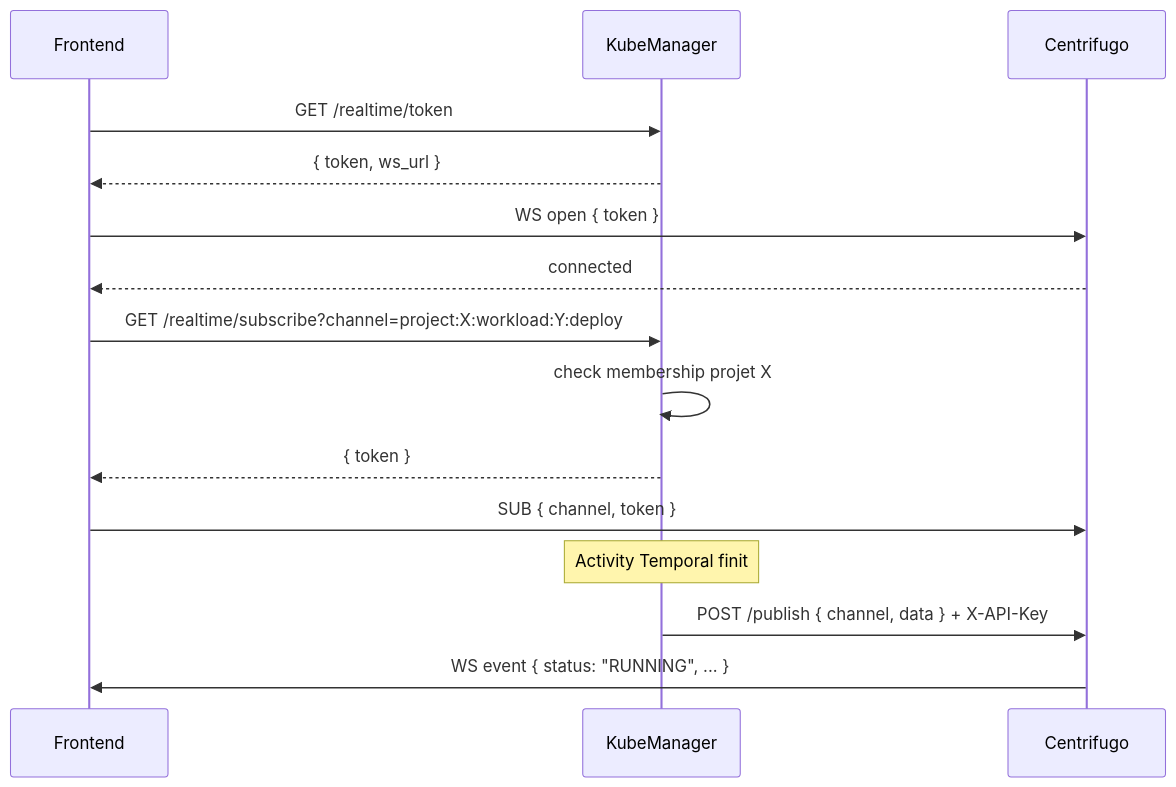
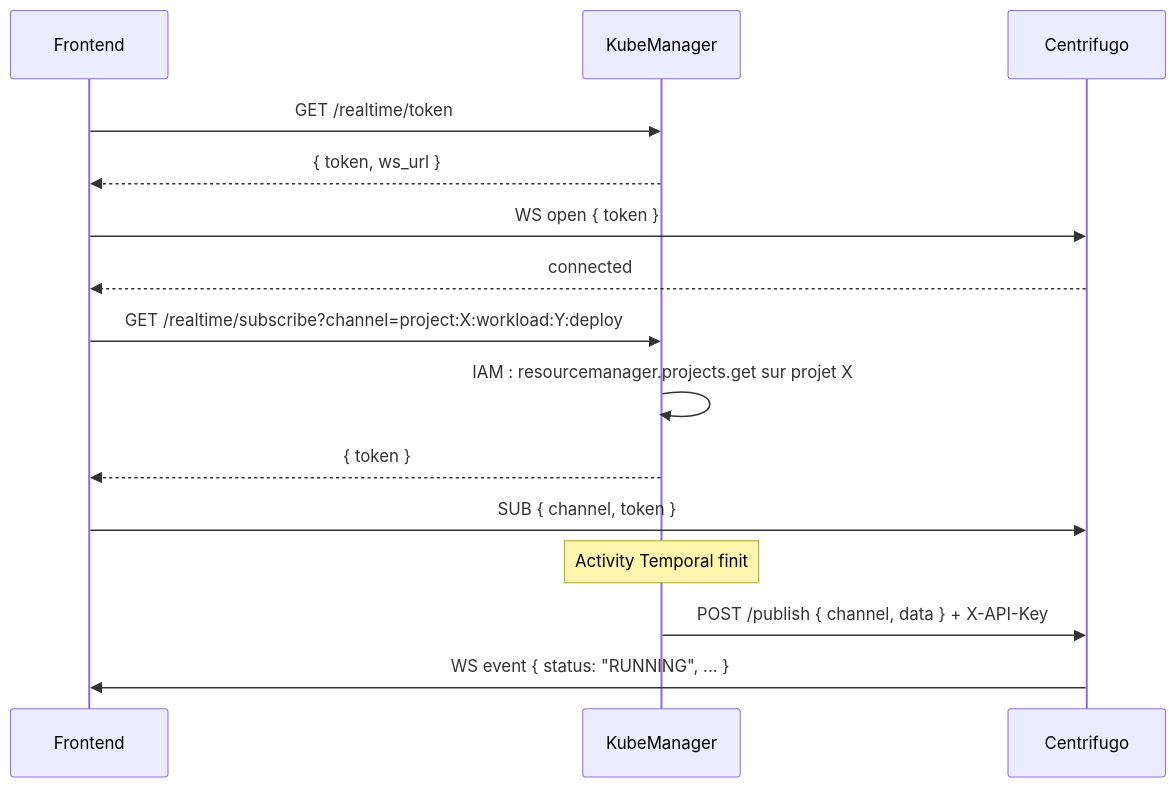
Before and after one commit to betorun/betomanager: the diagram in docs/modules/realtime.md, drawn with Mermaid. The commit also changed other lines of this file and 24 other files, not shown here.

````diff
--- a/docs/modules/realtime.md
+++ b/docs/modules/realtime.md
@@ -30,20 +30,20 @@
 ```mermaid
 sequenceDiagram
     participant FE as Frontend
     participant KM as KubeManager
     participant Centri as Centrifugo
 
     FE->>KM: GET /realtime/token
     KM-->>FE: { token, ws_url }
     FE->>Centri: WS open { token }
     Centri-->>FE: connected
 
     FE->>KM: GET /realtime/subscribe?channel=project:X:workload:Y:deploy
-    KM->>KM: check membership projet X
+    KM->>KM: IAM : resourcemanager.projects.get sur projet X
     KM-->>FE: { token }
     FE->>Centri: SUB { channel, token }
 
     Note over KM: Activity Temporal finit
     KM->>Centri: POST /publish { channel, data } + X-API-Key
     Centri->>FE: WS event { status: "RUNNING", ... }
 ```
````
